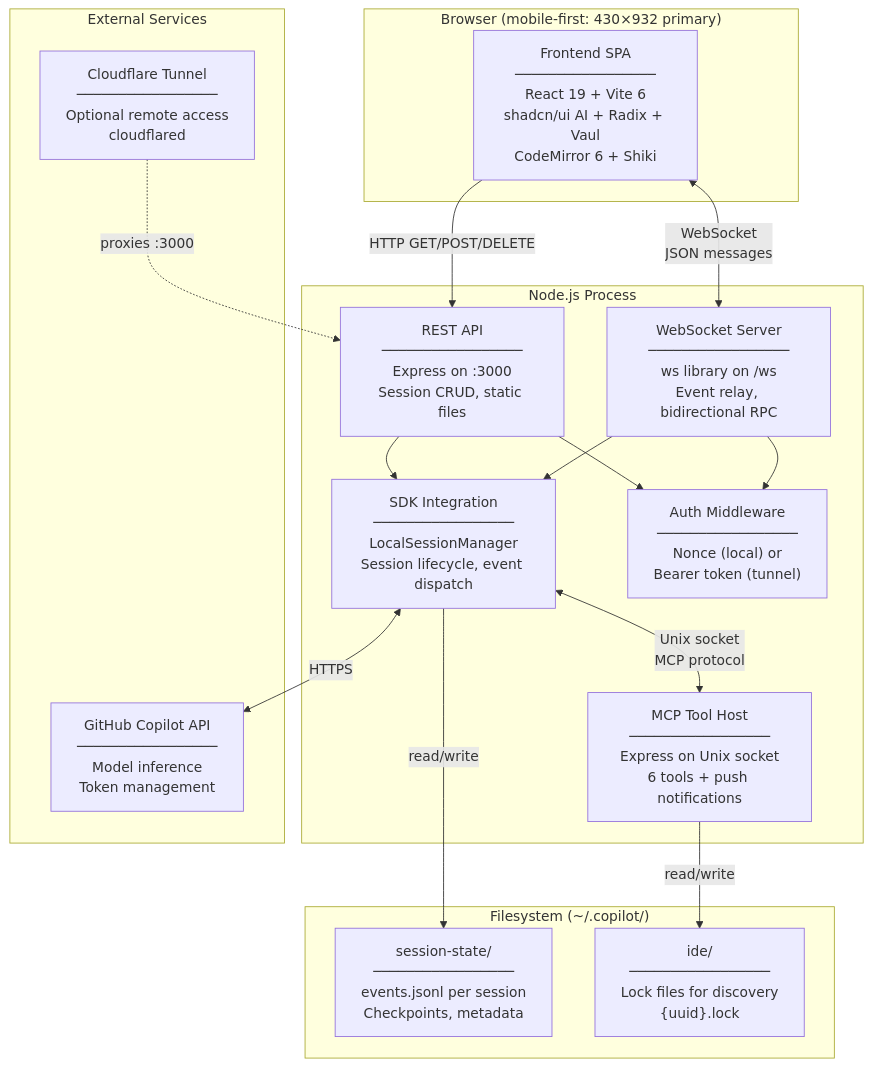
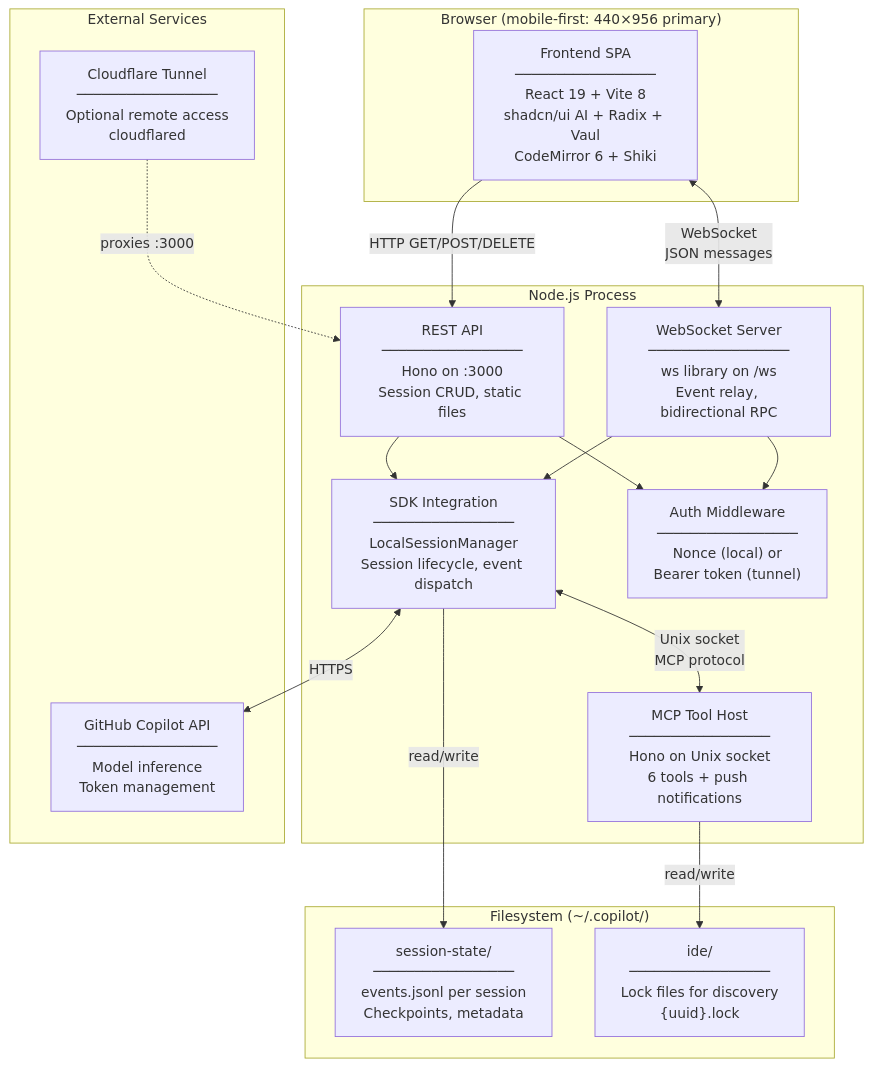
One commit to ming86/vscode changed the first of 5 diagrams in .local/docs/copilot-cli-session/06-webapp-extraction-guide.md. Above: the diagram before and after it, drawn with Mermaid. The commit also changed other lines of this file and 2 other files, not shown here.

````diff
--- a/.local/docs/copilot-cli-session/06-webapp-extraction-guide.md
+++ b/.local/docs/copilot-cli-session/06-webapp-extraction-guide.md
@@ -66,36 +66,36 @@
 ```mermaid
 graph TB
-    subgraph Browser["Browser (mobile-first: 430×932 primary)"]
-        FE["Frontend SPA<br/>─────────────────<br/>React 19 + Vite 6<br/>shadcn/ui AI + Radix + Vaul<br/>CodeMirror 6 + Shiki"]
+    subgraph Browser["Browser (mobile-first: 440×956 primary)"]
+        FE["Frontend SPA<br/>─────────────────<br/>React 19 + Vite 8<br/>shadcn/ui AI + Radix + Vaul<br/>CodeMirror 6 + Shiki"]
     end
 
     subgraph NodeProcess["Node.js Process"]
         WS["WebSocket Server<br/>─────────────────<br/>ws library on /ws<br/>Event relay, bidirectional RPC"]
-        REST["REST API<br/>─────────────────<br/>Express on :3000<br/>Session CRUD, static files"]
+        REST["REST API<br/>─────────────────<br/>Hono on :3000<br/>Session CRUD, static files"]
         SDK["SDK Integration<br/>─────────────────<br/>LocalSessionManager<br/>Session lifecycle, event dispatch"]
-        MCP["MCP Tool Host<br/>─────────────────<br/>Express on Unix socket<br/>6 tools + push notifications"]
+        MCP["MCP Tool Host<br/>─────────────────<br/>Hono on Unix socket<br/>6 tools + push notifications"]
         AUTH["Auth Middleware<br/>─────────────────<br/>Nonce (local) or<br/>Bearer token (tunnel)"]
     end
 
     subgraph Filesystem["Filesystem (~/.copilot/)"]
         SS["session-state/<br/>─────────────────<br/>events.jsonl per session<br/>Checkpoints, metadata"]
         LF["ide/<br/>─────────────────<br/>Lock files for discovery<br/>{uuid}.lock"]
     end
 
     subgraph External["External Services"]
         GH["GitHub Copilot API<br/>─────────────────<br/>Model inference<br/>Token management"]
         CF["Cloudflare Tunnel<br/>─────────────────<br/>Optional remote access<br/>cloudflared"]
     end
 
     FE <-->|"WebSocket<br/>JSON messages"| WS
     FE -->|"HTTP GET/POST/DELETE"| REST
     REST --> AUTH
     WS --> AUTH
     REST --> SDK
     WS --> SDK
     SDK <-->|"Unix socket<br/>MCP protocol"| MCP
     SDK <-->|"HTTPS"| GH
     SDK -->|"read/write"| SS
     MCP -->|"read/write"| LF
     CF -.->|"proxies :3000"| REST
 ```
````
